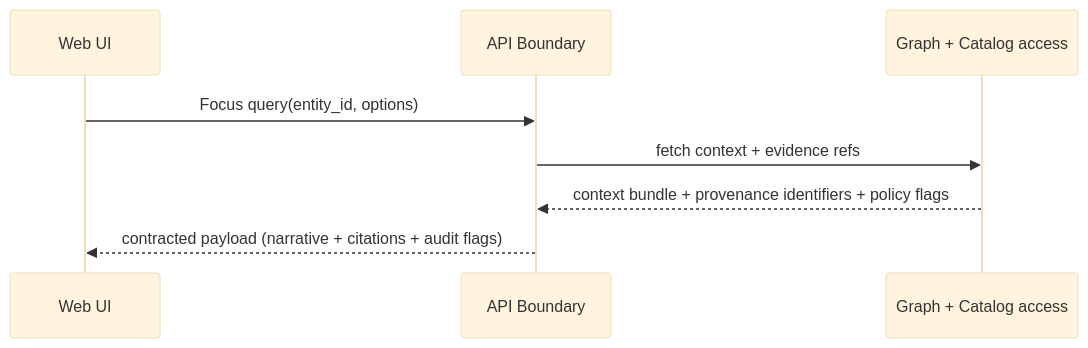
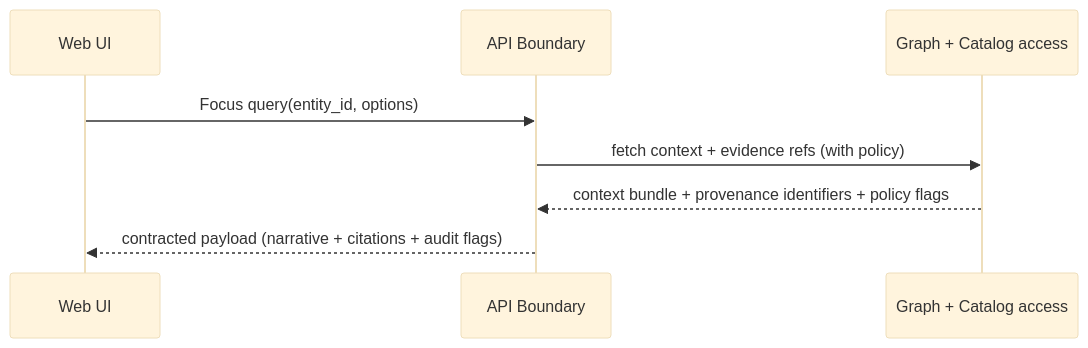
One commit to bartytime4life/Kansas-Frontier-Matrix changed the second of 3 diagrams in web/src/README.md. Above: the diagram before and after it, drawn with Mermaid (base theme). The commit also changed other lines of this file, not shown here.

```diff
--- a/web/src/README.md
+++ b/web/src/README.md
@@ -251,11 +267,11 @@
 ~~~mermaid
 sequenceDiagram
   participant UI as Web UI
   participant API as API Boundary
   participant Graph as Graph + Catalog access
 
   UI->>API: Focus query(entity_id, options)
-  API->>Graph: fetch context + evidence refs
+  API->>Graph: fetch context + evidence refs (with policy)
   Graph-->>API: context bundle + provenance identifiers + policy flags
   API-->>UI: contracted payload (narrative + citations + audit flags)
 ~~~
```
